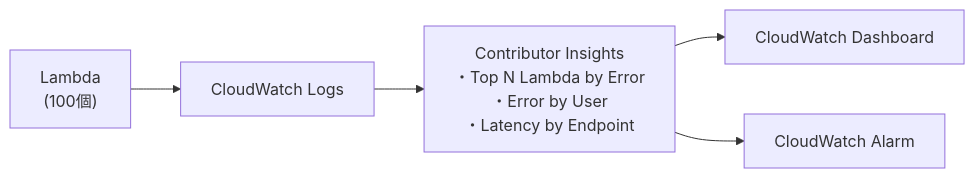
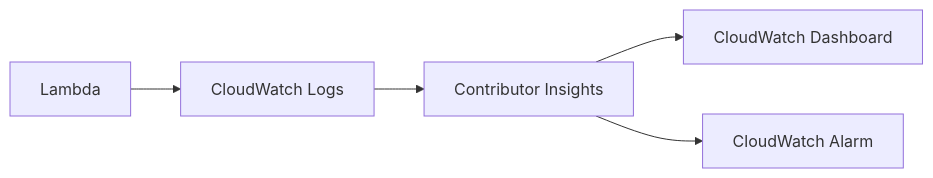
The seventh of 9 diagrams in アラーム方法調査.md (NagasakaH/lambda-log), drawn with Mermaid before and after one commit. The commit also changed other lines of this file and 1 other file, not shown here.

````diff
--- a/アラーム方法調査.md
+++ b/アラーム方法調査.md
@@ -415,7 +415,7 @@
 ```mermaid
 flowchart LR
-    Lambda["Lambda<br/>(100個)"] --> LG["CloudWatch Logs"]
-    LG --> CI["Contributor Insights<br/>・Top N Lambda by Error<br/>・Error by User<br/>・Latency by Endpoint"]
-    CI --> Dashboard["CloudWatch Dashboard"]
-    CI --> Alarm["CloudWatch Alarm"]
+    Lambda[Lambda] --> LG[CloudWatch Logs]
+    LG --> CI[Contributor Insights]
+    CI --> Dashboard[CloudWatch Dashboard]
+    CI --> Alarm[CloudWatch Alarm]
 ```
````
